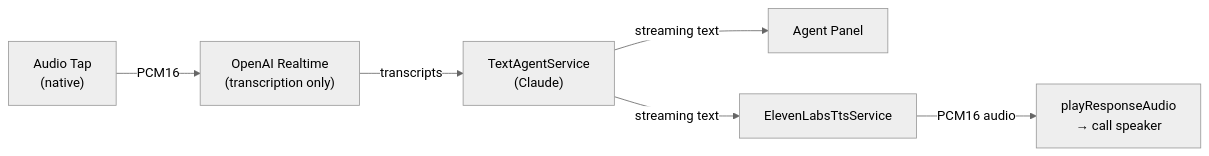
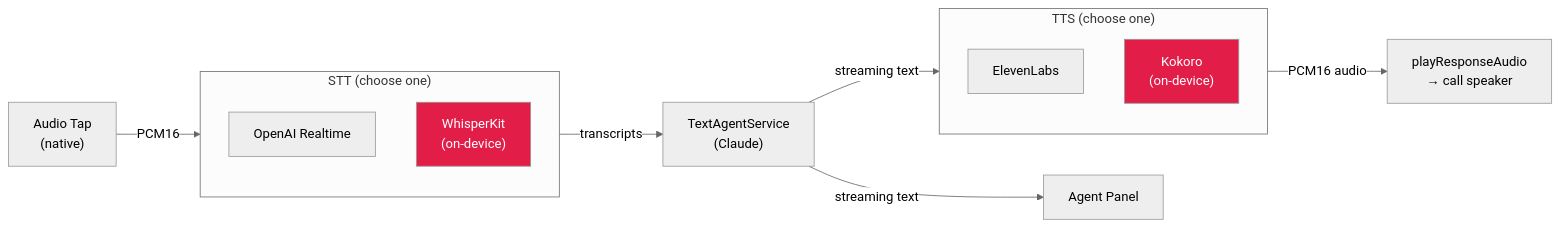
Before and after one commit to zeropointnine/phonegentic: the third of 5 diagrams in README.md, drawn with Mermaid. The commit also changed other lines of this file and 20 other files, not shown here.

````diff
--- a/README.md
+++ b/README.md
@@ -86,9 +96,26 @@
 ```mermaid
 %%{init: {'theme': 'neutral'}}%%
 flowchart LR
-  Tap["Audio Tap\n(native)"] -->|"PCM16"| WS["OpenAI Realtime\n(transcription only)"]
-  WS -->|transcripts| TA["TextAgentService\n(Claude)"]
+  Tap["Audio Tap\n(native)"] -->|"PCM16"| STT
+
+  subgraph STT["STT (choose one)"]
+    direction TB
+    WS["OpenAI Realtime"]
+    WK["WhisperKit\n(on-device)"]
+  end
+
+  STT -->|transcripts| TA["TextAgentService\n(Claude)"]
   TA -->|"streaming text"| UI["Agent Panel"]
-  TA -->|"streaming text"| TTS["ElevenLabsTtsService"]
+  TA -->|"streaming text"| TTS
+
+  subgraph TTS["TTS (choose one)"]
+    direction TB
+    EL["ElevenLabs"]
+    KO["Kokoro\n(on-device)"]
+  end
+
   TTS -->|"PCM16 audio"| Play["playResponseAudio\n→ call speaker"]
+
+  style WK fill:#e11d48,color:#fff
+  style KO fill:#e11d48,color:#fff
 ```
````
